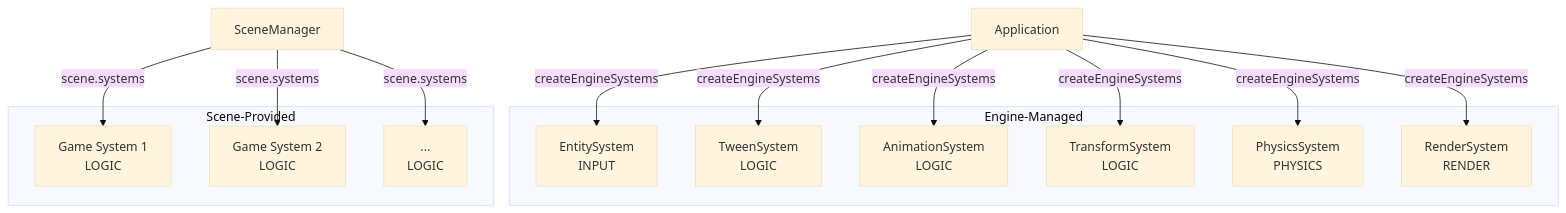
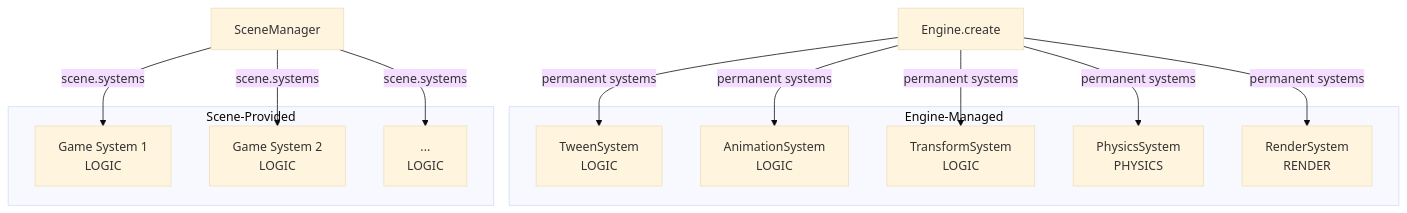
Before and after one commit to Chapslock/neon-racer: the seventh of 9 diagrams in README.md, drawn with Mermaid (base theme). The commit also changed other lines of this file and 1 other file, not shown here.

Commit message:
docs: rewrite README to match current architecture

````diff
--- a/README.md
+++ b/README.md
@@ -136,28 +149,26 @@
 ```mermaid
 graph TD
     subgraph Engine-Managed
-        ES[EntitySystem<br/>INPUT]
         TS[TweenSystem<br/>LOGIC]
         AS[AnimationSystem<br/>LOGIC]
         TrS[TransformSystem<br/>LOGIC]
         PS[PhysicsSystem<br/>PHYSICS]
         RS[RenderSystem<br/>RENDER]
     end
 
     subgraph Scene-Provided
         GS1[Game System 1<br/>LOGIC]
         GS2[Game System 2<br/>LOGIC]
         GSN[...<br/>LOGIC]
     end
 
-    App[Application] -->|createEngineSystems| ES
-    App -->|createEngineSystems| TS
-    App -->|createEngineSystems| AS
-    App -->|createEngineSystems| TrS
-    App -->|createEngineSystems| PS
-    App -->|createEngineSystems| RS
+    Eng[Engine.create] -->|permanent systems| TS
+    Eng -->|permanent systems| AS
+    Eng -->|permanent systems| TrS
+    Eng -->|permanent systems| PS
+    Eng -->|permanent systems| RS
 
     SM[SceneManager] -->|scene.systems| GS1
     SM -->|scene.systems| GS2
     SM -->|scene.systems| GSN
 ```
````
